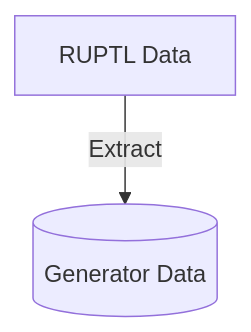
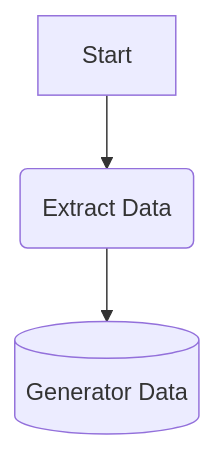
Before and after one commit to thiofahr/RUPTL-Data: the first of 2 diagrams in PowerPlant/Readme.md, drawn with Mermaid.

````diff
--- a/PowerPlant/Readme.md
+++ b/PowerPlant/Readme.md
@@ -1,5 +1,6 @@
 ```mermaid 
 flowchart TD
 
-    A[RUPTL Data] -->|Extract| B[(Generator Data)]
+    A[Start] -->B(Extract Data)
+    B --> C[(Generator Data)]
 ```
````
